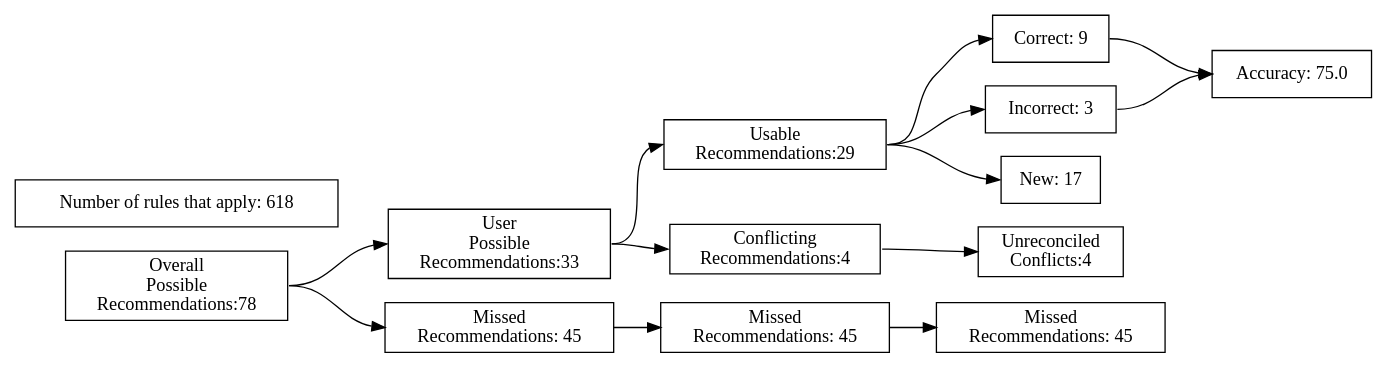
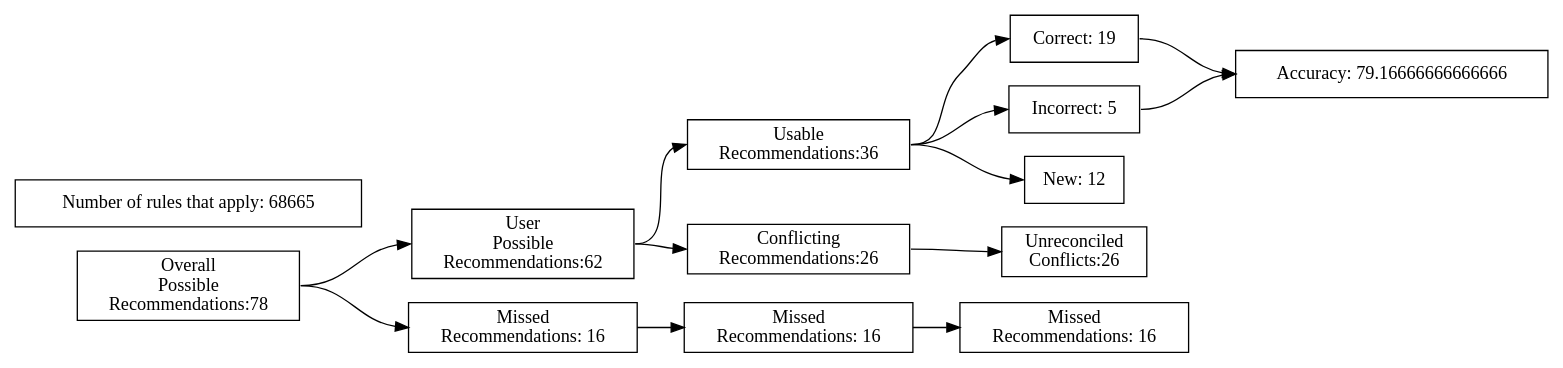
Before and after one commit to ZaxR/ibd_diet_analysis: the diagram in test_renders/32.gv, drawn with Graphviz. The commit also changed 226 other files, not shown here.

Commit message:
Add model rule chart; fix typos

```diff
--- a/test_renders/32.gv
+++ b/test_renders/32.gv
@@ -1,40 +1,40 @@
 digraph {
 	graph [rankdir=LR]
 	node [pos=r shape=box]
 	edge [headport=w tailport=e]
 		A [label="Overall
 Possible
 Recommendations:78"]
 		B [label="User
 Possible
-Recommendations:33"]
+Recommendations:62"]
 		C [label="Missed
-Recommendations: 45"]
+Recommendations: 16"]
 		D [label="Usable
-Recommendations:29"]
+Recommendations:36"]
 		E [label="Conflicting
-Recommendations:4"]
+Recommendations:26"]
 		J [label="Missed
-Recommendations: 45"]
+Recommendations: 16"]
 		M [label="Unreconciled
-Conflicts:4"]
-		F [label="Correct: 9"]
-		G [label="Incorrect: 3"]
-		H [label="New: 17"]
+Conflicts:26"]
+		F [label="Correct: 19"]
+		G [label="Incorrect: 5"]
+		H [label="New: 12"]
 		K [label="Missed
-Recommendations: 45"]
-		I [label="Accuracy: 75.0"]
-		l [label="Number of rules that apply: 618"]
+Recommendations: 16"]
+		I [label="Accuracy: 79.16666666666666"]
+		l [label="Number of rules that apply: 68665"]
 			A -> B
 			A -> C
 			B -> D
 			B -> E
 			D -> F
 			D -> G
 			D -> H
 			F -> I
 			G -> I
 			C -> J
 			J -> K
 			E -> M
 }
```
